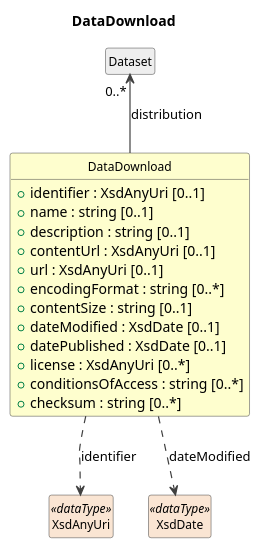
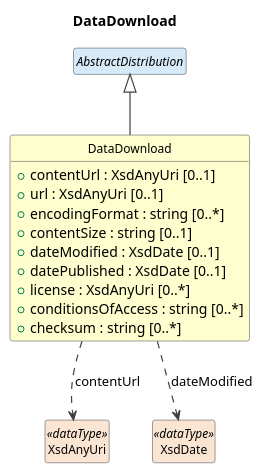
The diagram in build/field-level-documentation/CDIFCore/Classes/DataDownload.pu (Cross-Domain-Interoperability-Framework/metadataBuildingBlocks), drawn with PlantUML before and after one commit. The commit also changed 64 other files, not shown here.

```diff
--- a/build/field-level-documentation/CDIFCore/Classes/DataDownload.pu
+++ b/build/field-level-documentation/CDIFCore/Classes/DataDownload.pu
@@ -1,34 +1,31 @@
 @startuml
 title DataDownload
 hide circle
 hide empty members
 skinparam shadowing false
 skinparam ArrowThickness 1.2
 skinparam class {
   ArrowColor #404040
   BorderColor #404040
   FontSize 12
 }
 
 class "DataDownload" as DataDownload #FEFECE {
-  +identifier : XsdAnyUri [0..1]
-  +name : string [0..1]
-  +description : string [0..1]
   +contentUrl : XsdAnyUri [0..1]
   +url : XsdAnyUri [0..1]
   +encodingFormat : string [0..*]
   +contentSize : string [0..1]
   +dateModified : XsdDate [0..1]
   +datePublished : XsdDate [0..1]
   +license : XsdAnyUri [0..*]
   +conditionsOfAccess : string [0..*]
   +checksum : string [0..*]
 }
-class "Dataset" as Dataset #EEEEEE
-Dataset "0..*" <-- DataDownload : distribution
+abstract class "AbstractDistribution" as AbstractDistribution #D6EAF8
+AbstractDistribution <|-- DataDownload
 class "XsdAnyUri" as XsdAnyUri <<dataType>> #FAE5D3
-DataDownload ..> XsdAnyUri : identifier
+DataDownload ..> XsdAnyUri : contentUrl
 class "XsdDate" as XsdDate <<dataType>> #FAE5D3
 DataDownload ..> XsdDate : dateModified
 
 @enduml
```
